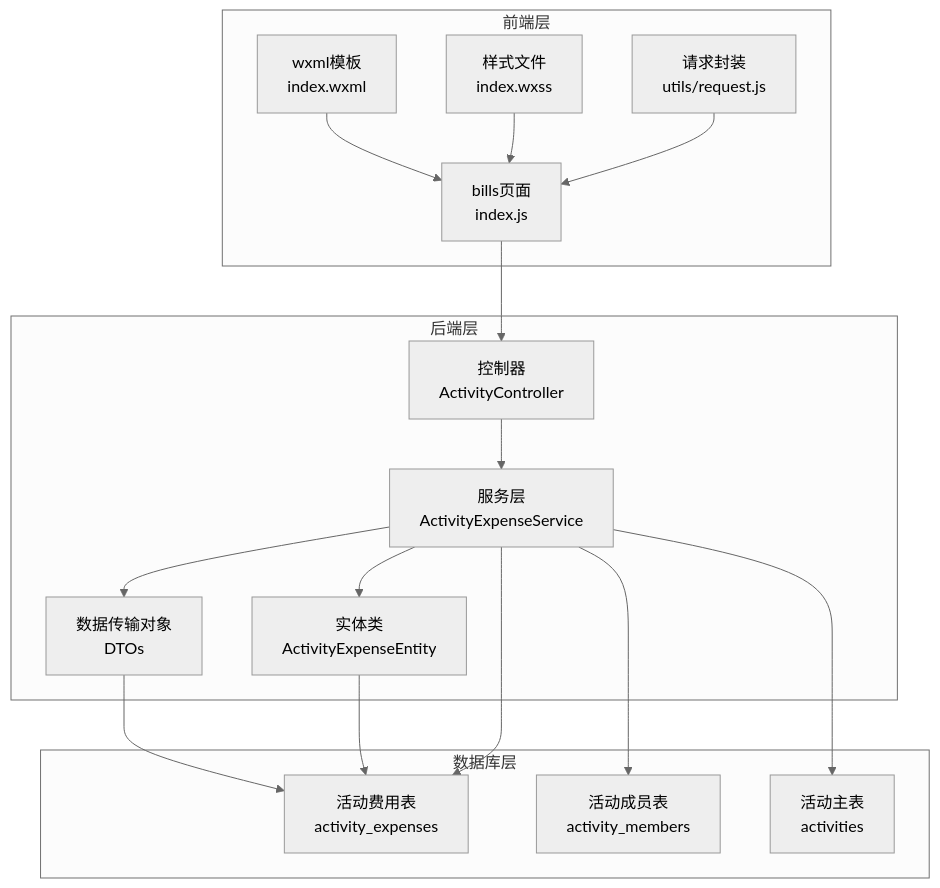
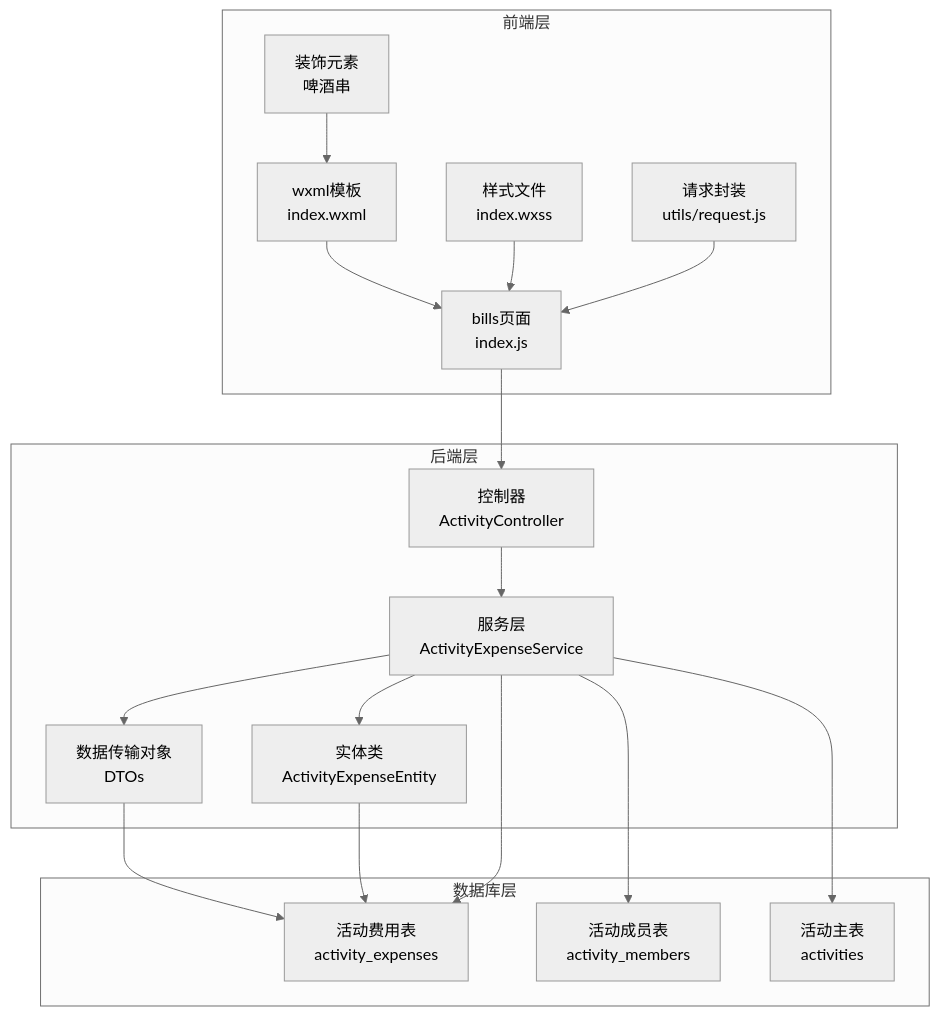
The first of 8 diagrams in .qoder/repowiki/zh/content/前端开发/页面组件开发/账单管理页面开发.md (cwxiao/zugeju), drawn with Mermaid (neutral theme) before and after one commit. The commit also changed other lines of this file and 39 other files, not shown here.

First line of the commit message:
前端优化：压缩UI装饰图至38KB + 精简各页面冗余文案

````diff
--- a/.qoder/repowiki/zh/content/前端开发/页面组件开发/账单管理页面开发.md
+++ b/.qoder/repowiki/zh/content/前端开发/页面组件开发/账单管理页面开发.md
@@ -44,32 +53,34 @@
 ```mermaid
 graph TB
 subgraph "前端层"
 A[bills页面<br/>index.js]
 B[wxml模板<br/>index.wxml]
 C[样式文件<br/>index.wxss]
 D[请求封装<br/>utils/request.js]
+E[装饰元素<br/>啤酒串]
 end
 subgraph "后端层"
-E[控制器<br/>ActivityController]
-F[服务层<br/>ActivityExpenseService]
-G[数据传输对象<br/>DTOs]
-H[实体类<br/>ActivityExpenseEntity]
+F[控制器<br/>ActivityController]
+G[服务层<br/>ActivityExpenseService]
+H[数据传输对象<br/>DTOs]
+I[实体类<br/>ActivityExpenseEntity]
 end
 subgraph "数据库层"
-I[活动费用表<br/>activity_expenses]
-J[活动成员表<br/>activity_members]
-K[活动主表<br/>activities]
+J[活动费用表<br/>activity_expenses]
+K[活动成员表<br/>activity_members]
+L[活动主表<br/>activities]
 end
-A --> E
+A --> F
 B --> A
 C --> A
 D --> A
-E --> F
+E --> B
 F --> G
-F --> H
+G --> H
 G --> I
-H --> I
-F --> I
-F --> J
-F --> K
+H --> J
+I --> J
+G --> J
+G --> K
+G --> L
 ```
````
